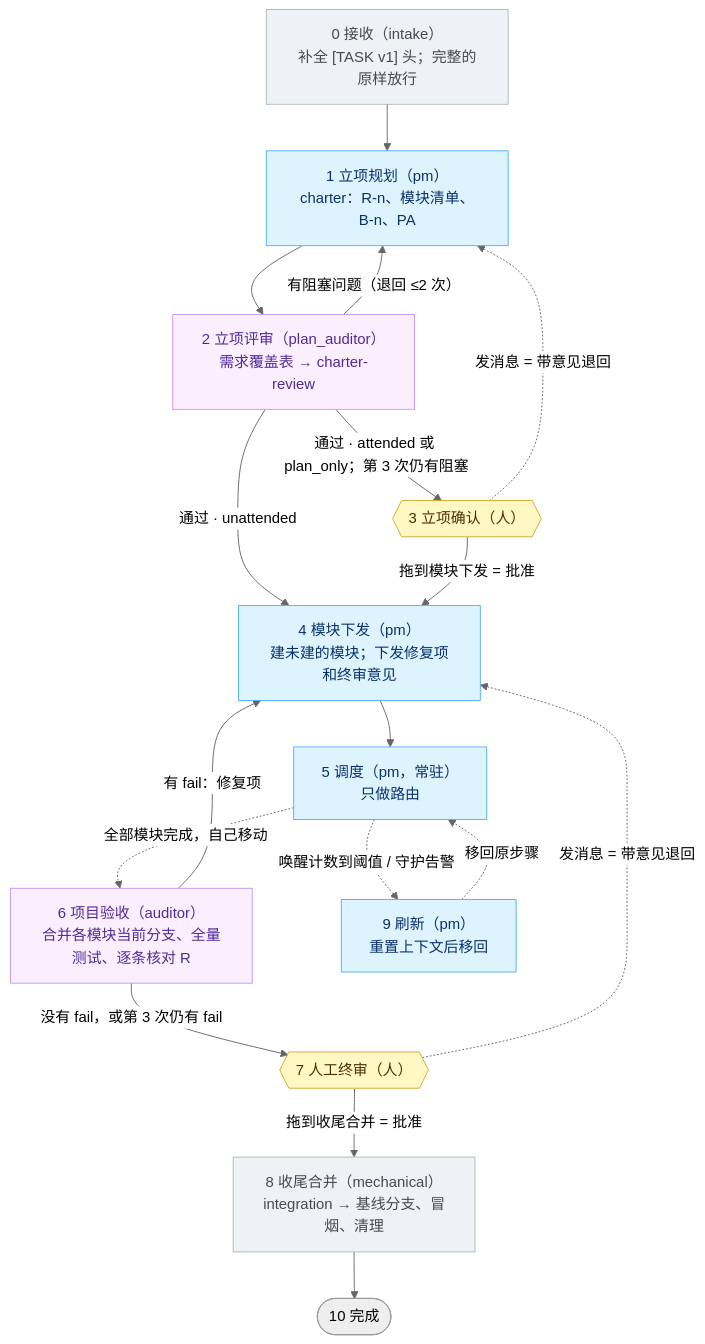
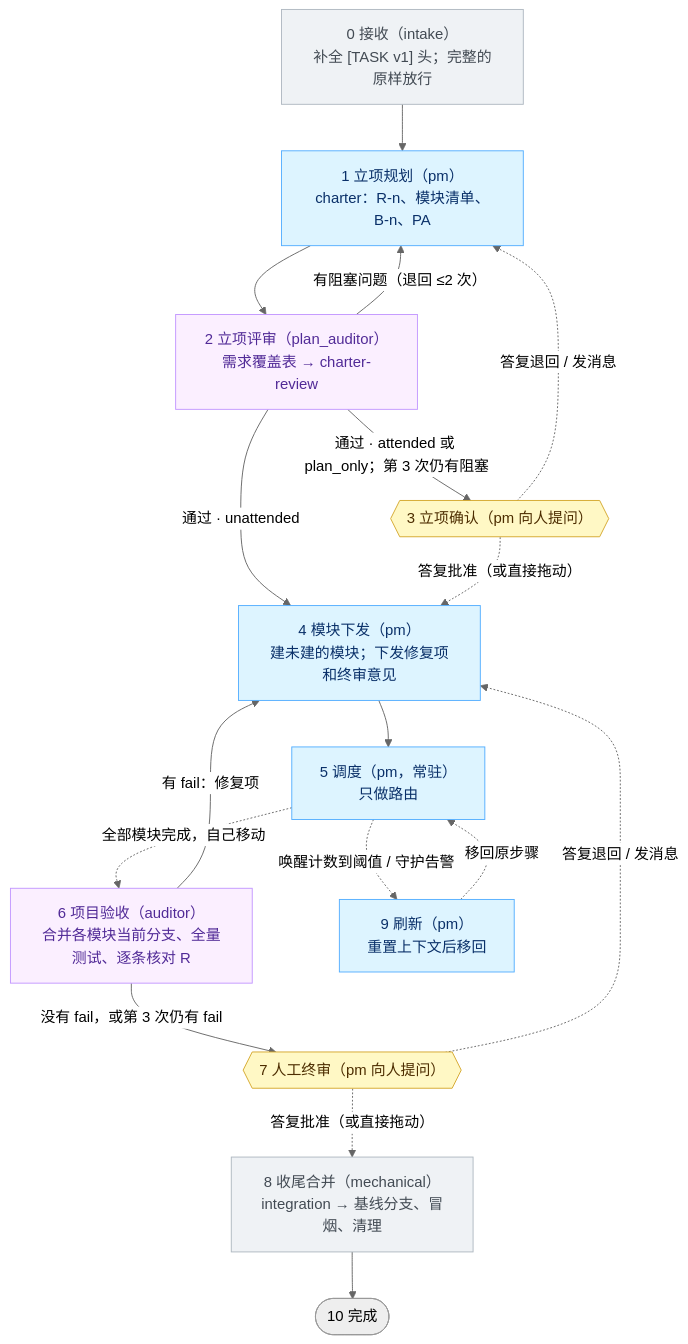
One commit to Koha9/kandev-multiagent-architecture changed the second of 5 diagrams in docs/workflow-diagrams.md. Above: the diagram before and after it, drawn with Mermaid (neutral theme). The commit also changed other lines of this file and 11 other files, not shown here.

````diff
--- a/docs/workflow-diagrams.md
+++ b/docs/workflow-diagrams.md
@@ -57,39 +57,39 @@
 ```mermaid
 flowchart TD
   S0["0 接收（intake）<br/>补全 [TASK v1] 头；完整的原样放行"]
   S1["1 立项规划（pm）<br/>charter：R-n、模块清单、B-n、PA"]
   S2["2 立项评审（plan_auditor）<br/>需求覆盖表 → charter-review"]
-  S3{{"3 立项确认（人）"}}
+  S3{{"3 立项确认（pm 向人提问）"}}
   S4["4 模块下发（pm）<br/>建未建的模块；下发修复项和终审意见"]
   S5["5 调度（pm，常驻）<br/>只做路由"]
   S6["6 项目验收（auditor）<br/>合并各模块当前分支、全量测试、逐条核对 R"]
-  S7{{"7 人工终审（人）"}}
+  S7{{"7 人工终审（pm 向人提问）"}}
   S8["8 收尾合并（mechanical）<br/>integration → 基线分支、冒烟、清理"]
   S9["9 刷新（pm）<br/>重置上下文后移回"]
   S10(["10 完成"])
 
   S0 --> S1 --> S2
   S2 -->|"有阻塞问题（退回 ≤2 次）"| S1
   S2 -->|"通过 · attended 或 plan_only；第 3 次仍有阻塞"| S3
   S2 -->|"通过 · unattended"| S4
-  S3 -->|"拖到模块下发 = 批准"| S4
-  S3 -.->|"发消息 = 带意见退回"| S1
+  S3 -.->|"答复批准（或直接拖动）"| S4
+  S3 -.->|"答复退回 / 发消息"| S1
   S4 --> S5
   S5 -.->|"全部模块完成，自己移动"| S6
   S6 -->|"有 fail：修复项"| S4
   S6 -->|"没有 fail，或第 3 次仍有 fail"| S7
-  S7 -->|"拖到收尾合并 = 批准"| S8
-  S7 -.->|"发消息 = 带意见退回"| S4
+  S7 -.->|"答复批准（或直接拖动）"| S8
+  S7 -.->|"答复退回 / 发消息"| S4
   S8 --> S10
   S5 -.->|"唤醒计数到阈值 / 守护告警"| S9
   S9 -.->|"移回原步骤"| S5
 
   classDef mgr fill:#ddf4ff,stroke:#54aeff,color:#0a3069
   classDef ver fill:#fbefff,stroke:#c297ff,color:#512a97
   classDef mech fill:#eff2f5,stroke:#afb8c1,color:#424a53
   classDef gate fill:#fff8c5,stroke:#d4a72c,color:#4d2d00
   class S1,S4,S5,S9 mgr
   class S2,S6 ver
   class S0,S8 mech
   class S3,S7 gate
 ```
````
